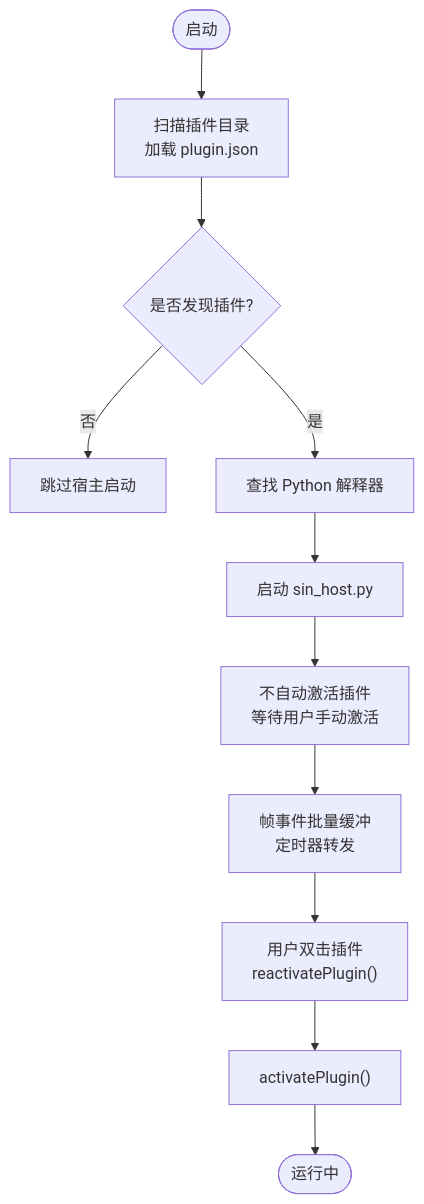
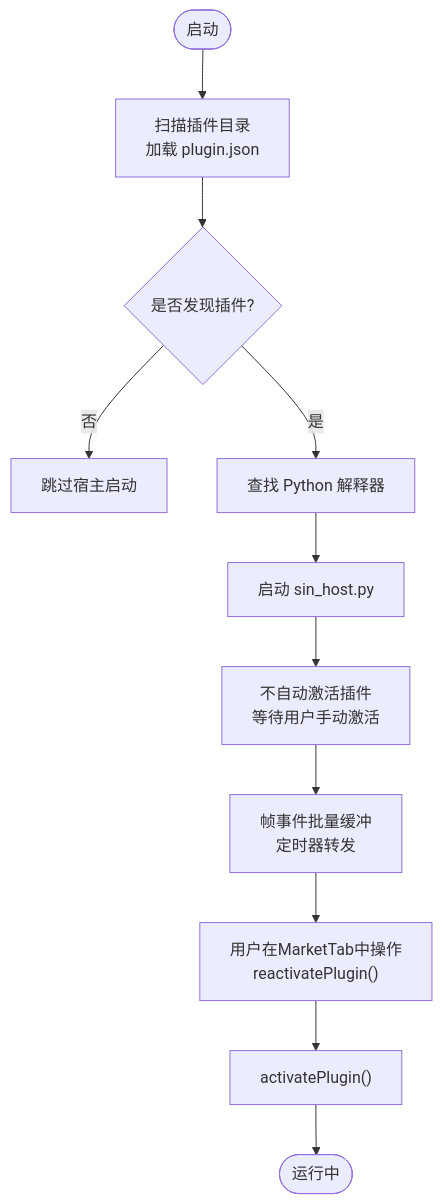
One commit to jakecai1225-design/OpenBus changed the sixth of 10 diagrams in .qoder/repowiki/zh/content/架构设计/插件系统架构/扩展面板系统.md. Above: the diagram before and after it, drawn with Mermaid. The commit also changed other lines of this file and 70 other files, not shown here.

````diff
--- a/.qoder/repowiki/zh/content/架构设计/插件系统架构/扩展面板系统.md
+++ b/.qoder/repowiki/zh/content/架构设计/插件系统架构/扩展面板系统.md
@@ -420,13 +325,13 @@
 ```mermaid
 flowchart TD
 Start(["启动"]) --> Discover["扫描插件目录<br/>加载 plugin.json"]
 Discover --> Init{"是否发现插件?"}
 Init -- 否 --> EndNo["跳过宿主启动"]
 Init -- 是 --> FindPy["查找 Python 解释器"]
 FindPy --> StartHost["启动 sin_host.py"]
 StartHost --> OnStartup["不自动激活插件<br/>等待用户手动激活"]
 OnStartup --> FrameLoop["帧事件批量缓冲<br/>定时器转发"]
-FrameLoop --> ManualActivate["用户双击插件<br/>reactivatePlugin()"]
+FrameLoop --> ManualActivate["用户在MarketTab中操作<br/>reactivatePlugin()"]
 ManualActivate --> Activate["activatePlugin()"]
 Activate --> End(["运行中"])
 ```
````
